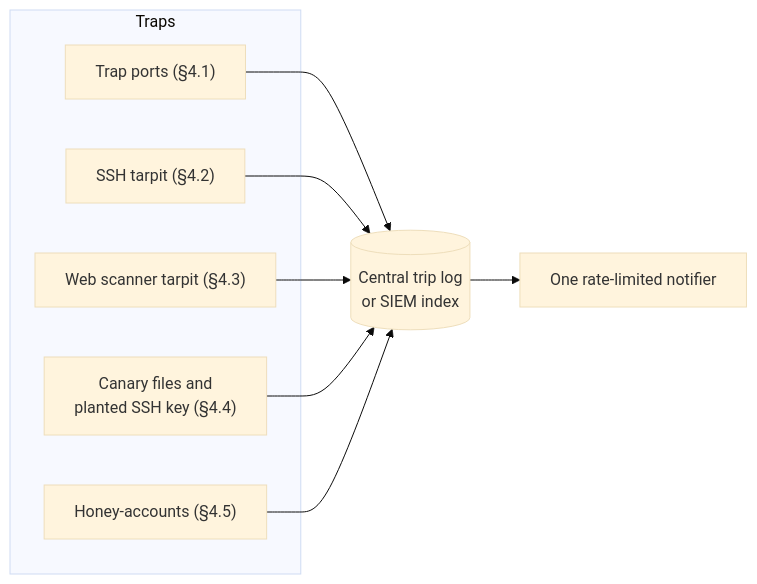
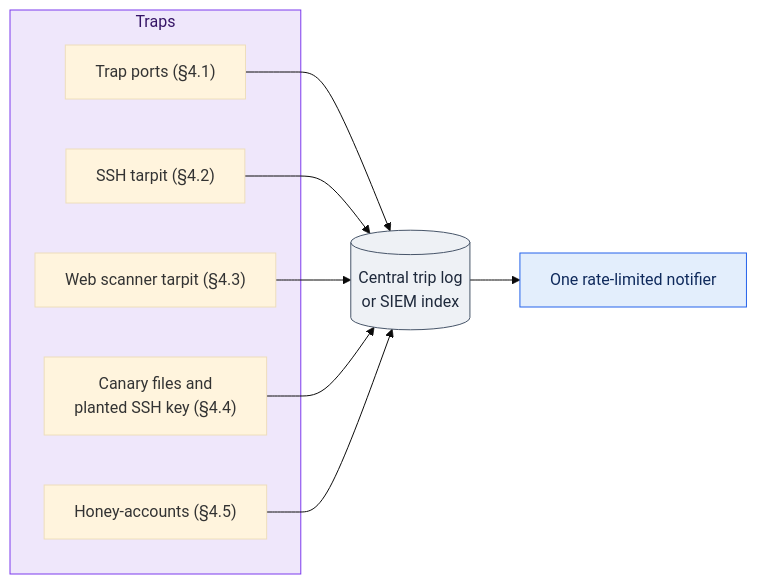
The second of 2 diagrams in docs/Blueprint.md (dotnetdork/Labyrinth), drawn with Mermaid (base theme) before and after one commit. The commit also changed other lines of this file and 12 other files, not shown here.

````diff
--- a/docs/Blueprint.md
+++ b/docs/Blueprint.md
@@ -337,18 +345,23 @@
 ```mermaid
 flowchart LR
     subgraph traps["Traps"]
         TP["Trap ports (§4.1)"]
         ST["SSH tarpit (§4.2)"]
         WT["Web scanner tarpit (§4.3)"]
         CF["Canary files and<br/>planted SSH key (§4.4)"]
         HA["Honey-accounts (§4.5)"]
     end
     TL[("Central trip log<br/>or SIEM index")]
     NT["One rate-limited notifier"]
     TP --> TL
     ST --> TL
     WT --> TL
     CF --> TL
     HA --> TL
     TL --> NT
+    classDef store fill:#eef1f5,stroke:#475569,color:#1e293b
+    classDef observe fill:#e3eefc,stroke:#2563eb,color:#0f2a5c
+    class TL store
+    class NT observe
+    style traps fill:#efe7fb,stroke:#7c3aed,color:#351465
 ```
````
